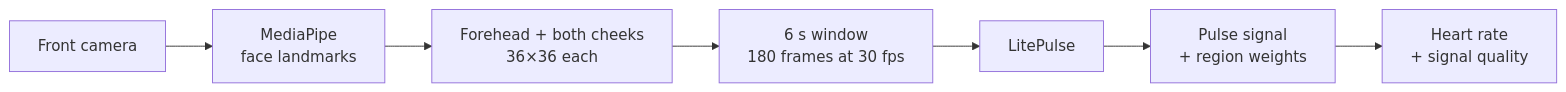
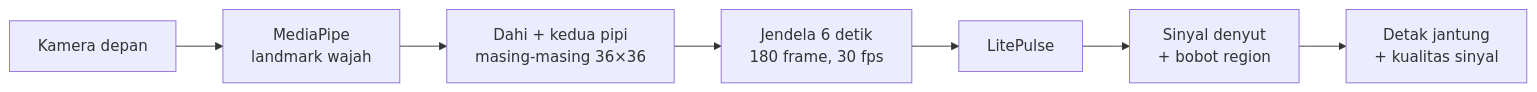
One commit to NS2006/litepulse-app changed the diagram in README.md. Above: the diagram before and after it, drawn with Mermaid. The commit also changed other lines of this file and 3 other files, not shown here.

````diff
--- a/README.md
+++ b/README.md
@@ -32,9 +35,9 @@
 ```mermaid
 flowchart LR
-    A[Front camera] --> B[MediaPipe<br/>face landmarks]
-    B --> C[Forehead + both cheeks<br/>36×36 each]
-    C --> D[6 s window<br/>180 frames at 30 fps]
+    A[Kamera depan] --> B[MediaPipe<br/>landmark wajah]
+    B --> C[Dahi + kedua pipi<br/>masing-masing 36×36]
+    C --> D[Jendela 6 detik<br/>180 frame, 30 fps]
     D --> E[LitePulse]
-    E --> F[Pulse signal<br/>+ region weights]
-    F --> G[Heart rate<br/>+ signal quality]
+    E --> F[Sinyal denyut<br/>+ bobot region]
+    F --> G[Detak jantung<br/>+ kualitas sinyal]
 ```
````
